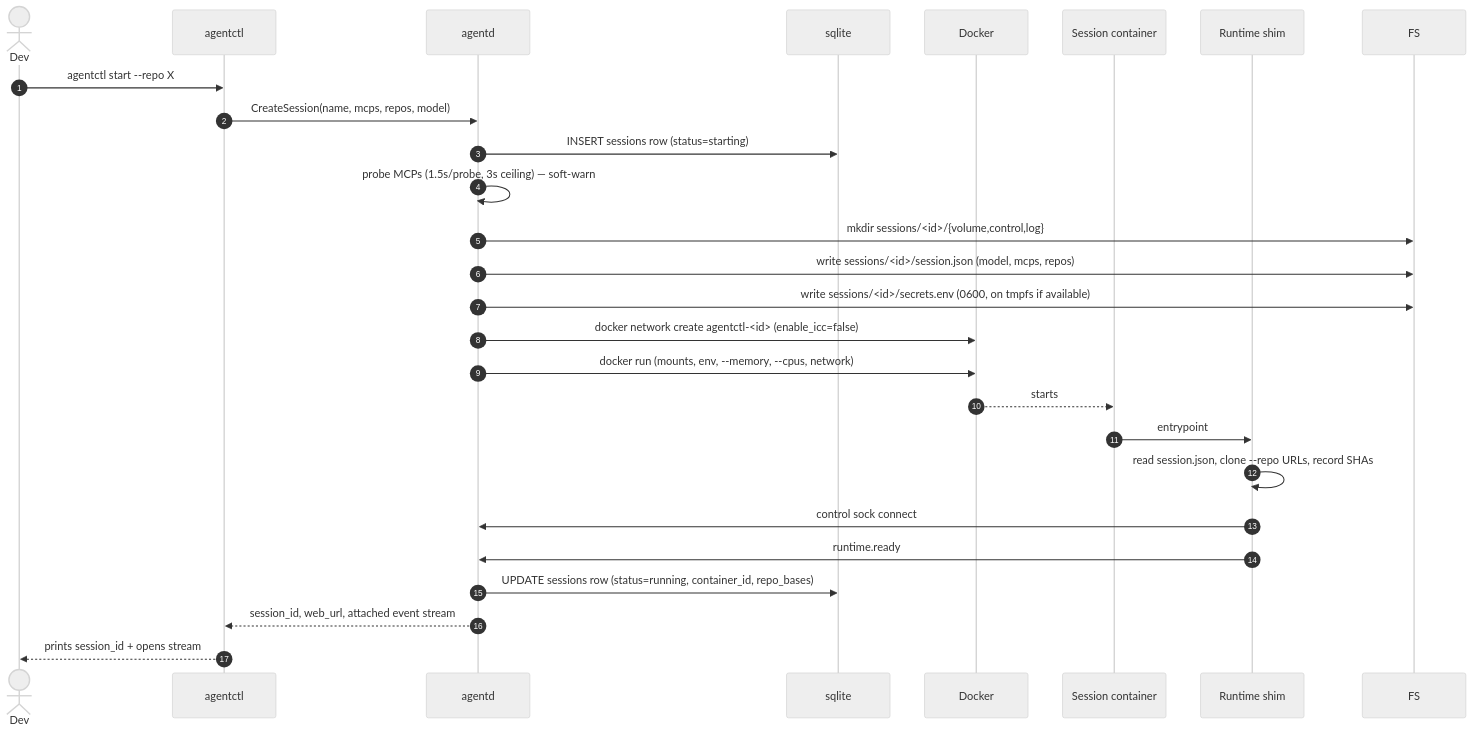
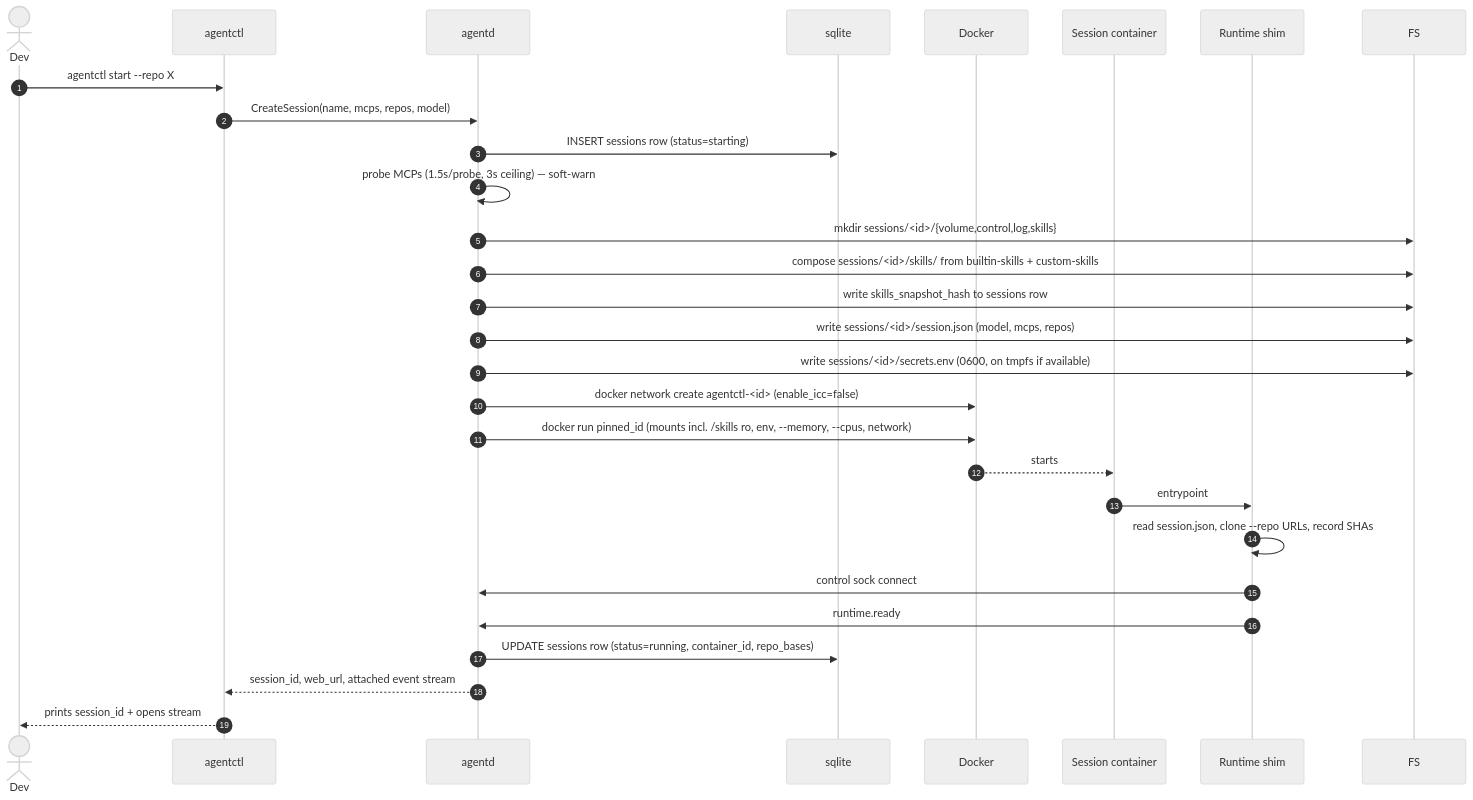
Before and after one commit to vipulsodha15/agentctl: the third of 8 diagrams in architecture/overview.md, drawn with Mermaid (neutral theme). The commit also changed other lines of this file and 10 other files, not shown here.

````diff
--- a/architecture/overview.md
+++ b/architecture/overview.md
@@ -200,29 +202,31 @@
 ```mermaid
 sequenceDiagram
   autonumber
   actor Dev
   participant CLI as agentctl
   participant AD as agentd
   participant DB as sqlite
   participant DOC as Docker
   participant CT as Session container
   participant SHM as Runtime shim
 
   Dev->>CLI: agentctl start --repo X
   CLI->>AD: CreateSession(name, mcps, repos, model)
   AD->>DB: INSERT sessions row (status=starting)
   AD->>AD: probe MCPs (1.5s/probe, 3s ceiling) — soft-warn
-  AD->>FS: mkdir sessions/<id>/{volume,control,log}
+  AD->>FS: mkdir sessions/<id>/{volume,control,log,skills}
+  AD->>FS: compose sessions/<id>/skills/ from builtin-skills + custom-skills
+  AD->>FS: write skills_snapshot_hash to sessions row
   AD->>FS: write sessions/<id>/session.json (model, mcps, repos)
   AD->>FS: write sessions/<id>/secrets.env (0600, on tmpfs if available)
   AD->>DOC: docker network create agentctl-<id> (enable_icc=false)
-  AD->>DOC: docker run (mounts, env, --memory, --cpus, network)
+  AD->>DOC: docker run pinned_id (mounts incl. /skills ro, env, --memory, --cpus, network)
   DOC-->>CT: starts
   CT->>SHM: entrypoint
   SHM->>SHM: read session.json, clone --repo URLs, record SHAs
   SHM->>AD: control sock connect
   SHM->>AD: runtime.ready
   AD->>DB: UPDATE sessions row (status=running, container_id, repo_bases)
   AD-->>CLI: session_id, web_url, attached event stream
   CLI-->>Dev: prints session_id + opens stream
 ```
````
